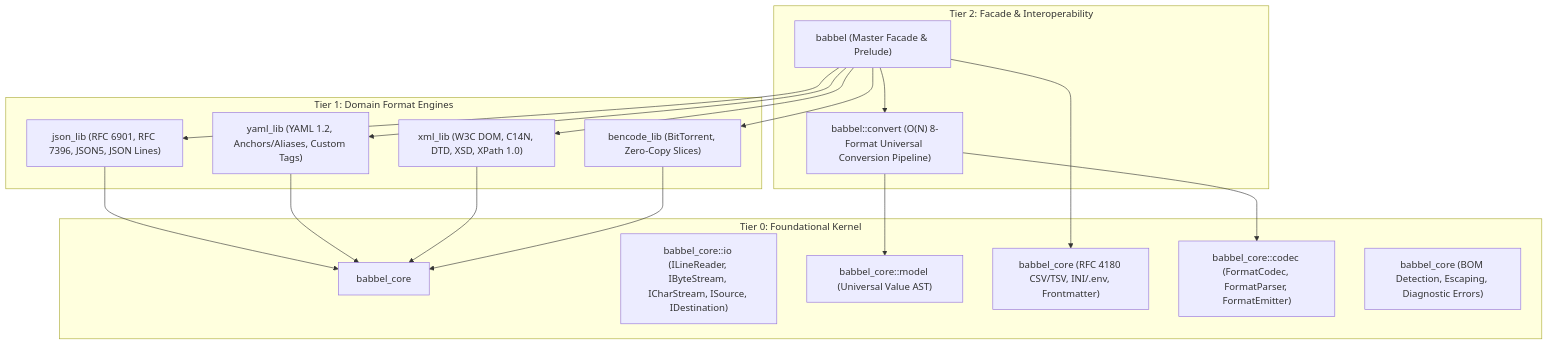
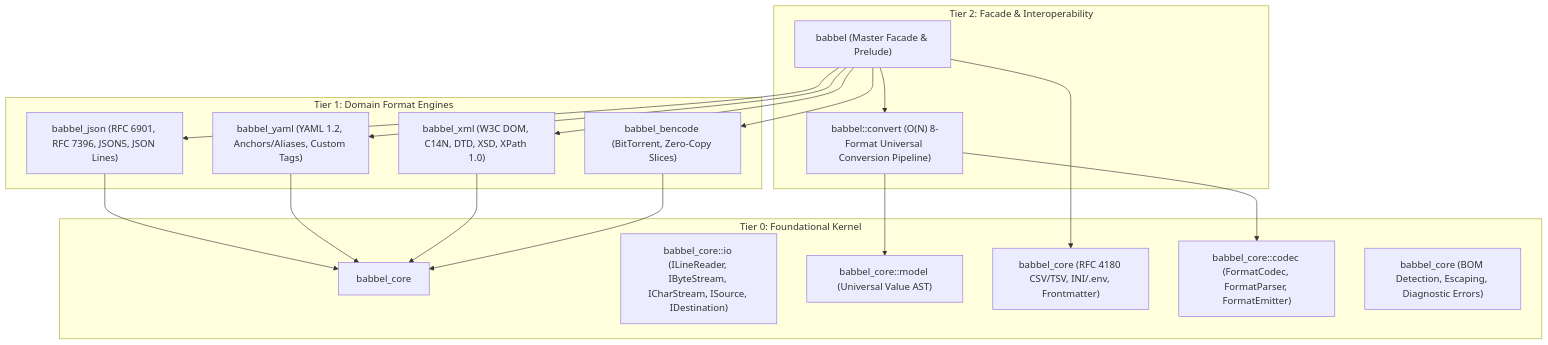
The diagram in docs/ARCHITECTURE.md (clockworkengineer/babbel), drawn with Mermaid before and after one commit. The commit also changed other lines of this file and 188 other files, not shown here.

````diff
--- a/docs/ARCHITECTURE.md
+++ b/docs/ARCHITECTURE.md
@@ -11,37 +11,37 @@
 ```mermaid
 graph TD
     subgraph "Tier 2: Facade & Interoperability"
         Babbel["babbel (Master Facade & Prelude)"]
         Convert["babbel::convert (O(N) 8-Format Universal Conversion Pipeline)"]
     end
 
     subgraph "Tier 1: Domain Format Engines"
-        JSON["json_lib (RFC 6901, RFC 7396, JSON5, JSON Lines)"]
-        YAML["yaml_lib (YAML 1.2, Anchors/Aliases, Custom Tags)"]
-        XML["xml_lib (W3C DOM, C14N, DTD, XSD, XPath 1.0)"]
-        Bencode["bencode_lib (BitTorrent, Zero-Copy Slices)"]
+        JSON["babbel_json (RFC 6901, RFC 7396, JSON5, JSON Lines)"]
+        YAML["babbel_yaml (YAML 1.2, Anchors/Aliases, Custom Tags)"]
+        XML["babbel_xml (W3C DOM, C14N, DTD, XSD, XPath 1.0)"]
+        Bencode["babbel_bencode (BitTorrent, Zero-Copy Slices)"]
     end
 
     subgraph "Tier 0: Foundational Kernel"
         Core["babbel_core"]
         CoreIO["babbel_core::io (ILineReader, IByteStream, ICharStream, ISource, IDestination)"]
         CoreAST["babbel_core::model (Universal Value AST)"]
         CoreText["babbel_core (RFC 4180 CSV/TSV, INI/.env, Frontmatter)"]
         CoreCodec["babbel_core::codec (FormatCodec, FormatParser, FormatEmitter)"]
         CoreUtils["babbel_core (BOM Detection, Escaping, Diagnostic Errors)"]
     end
 
     Babbel --> Convert
     Convert --> CoreAST
     Convert --> CoreCodec
     Babbel --> JSON
     Babbel --> YAML
     Babbel --> XML
     Babbel --> Bencode
     Babbel --> CoreText
 
     JSON --> Core
     YAML --> Core
     XML --> Core
     Bencode --> Core
 ```
````
